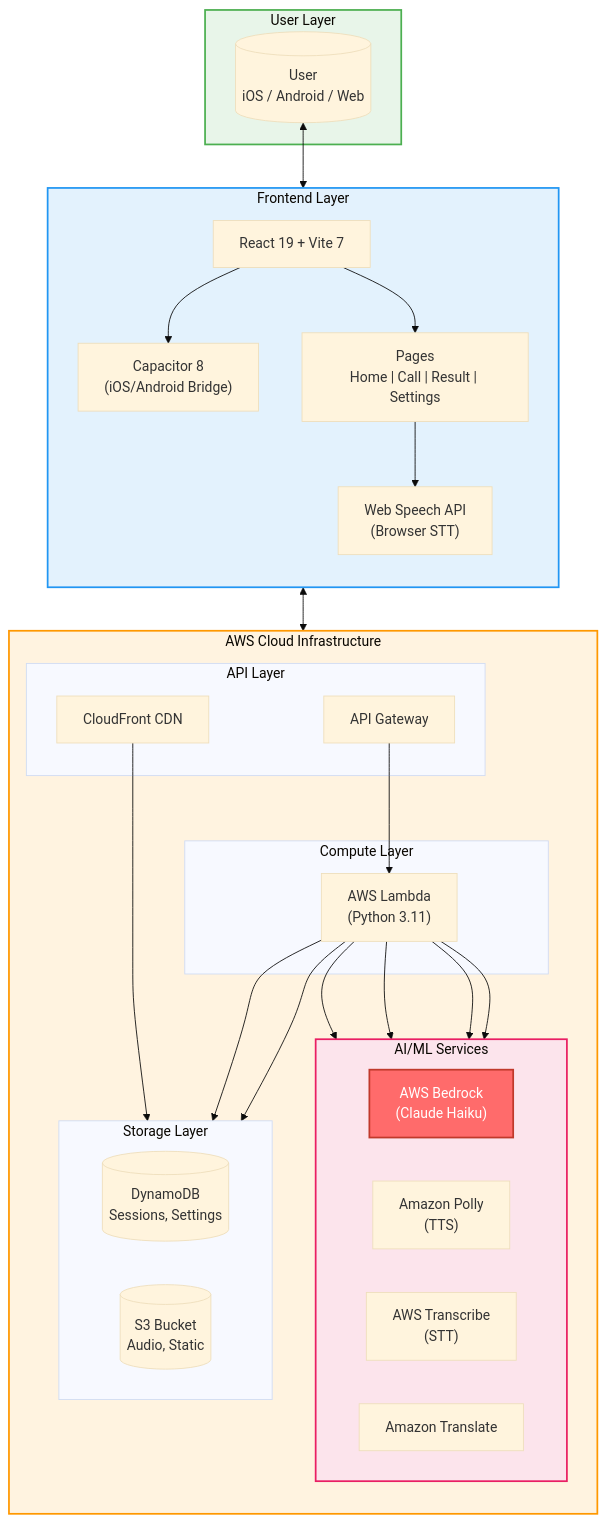
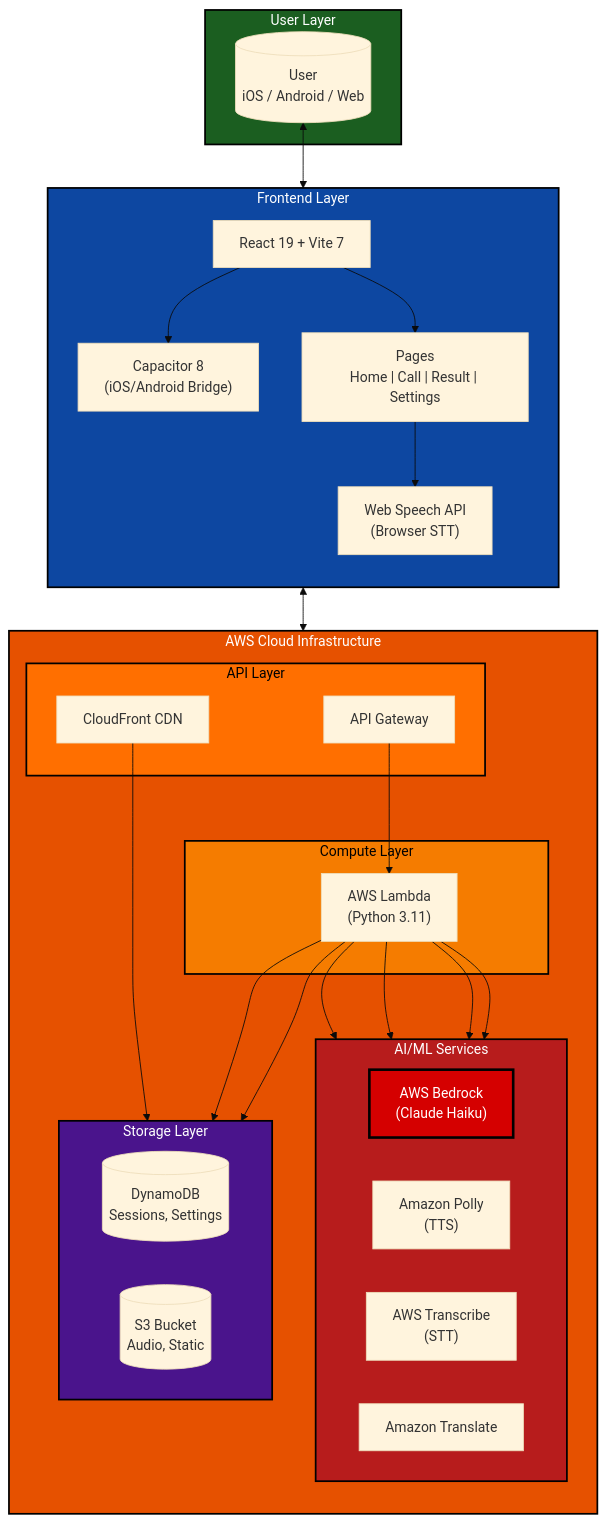
The first of 7 diagrams in docs/DIAGRAMS.md (1282saa/ringringv2), drawn with Mermaid (base theme) before and after one commit. The commit also changed other lines of this file, not shown here.

First line of the commit message:
docs: 다이어그램 색상 대비 개선

````diff
--- a/docs/DIAGRAMS.md
+++ b/docs/DIAGRAMS.md
@@ -5,63 +5,66 @@
 ```mermaid
 flowchart TB
     subgraph USER["User Layer"]
         U[("User<br/>iOS / Android / Web")]
     end
 
     subgraph FRONTEND["Frontend Layer"]
         direction TB
         REACT["React 19 + Vite 7"]
         CAP["Capacitor 8<br/>(iOS/Android Bridge)"]
         PAGES["Pages<br/>Home | Call | Result | Settings"]
         SPEECH["Web Speech API<br/>(Browser STT)"]
 
         REACT --> CAP
         REACT --> PAGES
         PAGES --> SPEECH
     end
 
     subgraph AWS["AWS Cloud Infrastructure"]
         direction TB
 
         subgraph API["API Layer"]
             APIGW["API Gateway"]
             CF["CloudFront CDN"]
         end
 
         subgraph COMPUTE["Compute Layer"]
             LAMBDA["AWS Lambda<br/>(Python 3.11)"]
         end
 
         subgraph AI["AI/ML Services"]
             direction LR
             BEDROCK["AWS Bedrock<br/>(Claude Haiku)"]
             POLLY["Amazon Polly<br/>(TTS)"]
             TRANSCRIBE["AWS Transcribe<br/>(STT)"]
             TRANSLATE["Amazon Translate"]
         end
 
         subgraph STORAGE["Storage Layer"]
             direction LR
             DYNAMO[("DynamoDB<br/>Sessions, Settings")]
             S3[("S3 Bucket<br/>Audio, Static")]
         end
 
         APIGW --> LAMBDA
         CF --> S3
         LAMBDA --> BEDROCK
         LAMBDA --> POLLY
         LAMBDA --> TRANSCRIBE
         LAMBDA --> TRANSLATE
         LAMBDA --> DYNAMO
         LAMBDA --> S3
     end
 
     U <--> FRONTEND
     FRONTEND <--> API
 
-    style USER fill:#e8f5e9,stroke:#4caf50,stroke-width:2px
-    style FRONTEND fill:#e3f2fd,stroke:#2196f3,stroke-width:2px
-    style AWS fill:#fff3e0,stroke:#ff9800,stroke-width:2px
-    style AI fill:#fce4ec,stroke:#e91e63,stroke-width:2px
-    style BEDROCK fill:#ff6b6b,stroke:#c0392b,stroke-width:2px,color:#fff
+    style USER fill:#1b5e20,stroke:#000,stroke-width:2px,color:#fff
+    style FRONTEND fill:#0d47a1,stroke:#000,stroke-width:2px,color:#fff
+    style AWS fill:#e65100,stroke:#000,stroke-width:2px,color:#fff
+    style API fill:#ff6f00,stroke:#000,stroke-width:2px,color:#000
+    style COMPUTE fill:#f57c00,stroke:#000,stroke-width:2px,color:#000
+    style AI fill:#b71c1c,stroke:#000,stroke-width:2px,color:#fff
+    style STORAGE fill:#4a148c,stroke:#000,stroke-width:2px,color:#fff
+    style BEDROCK fill:#d50000,stroke:#000,stroke-width:3px,color:#fff
 ```
````
